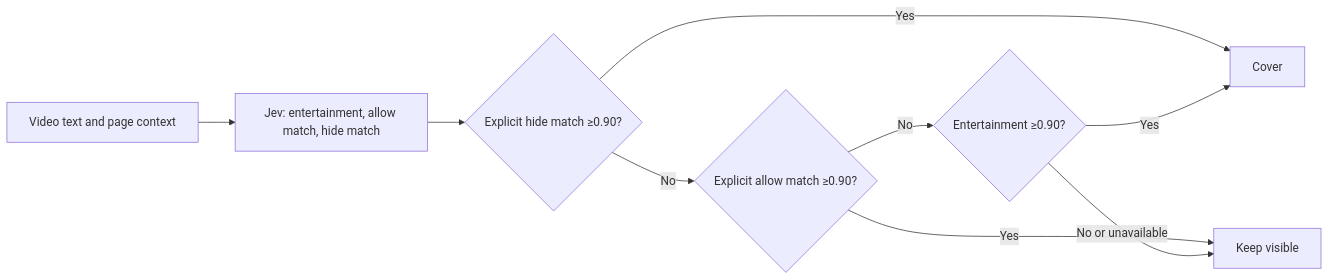
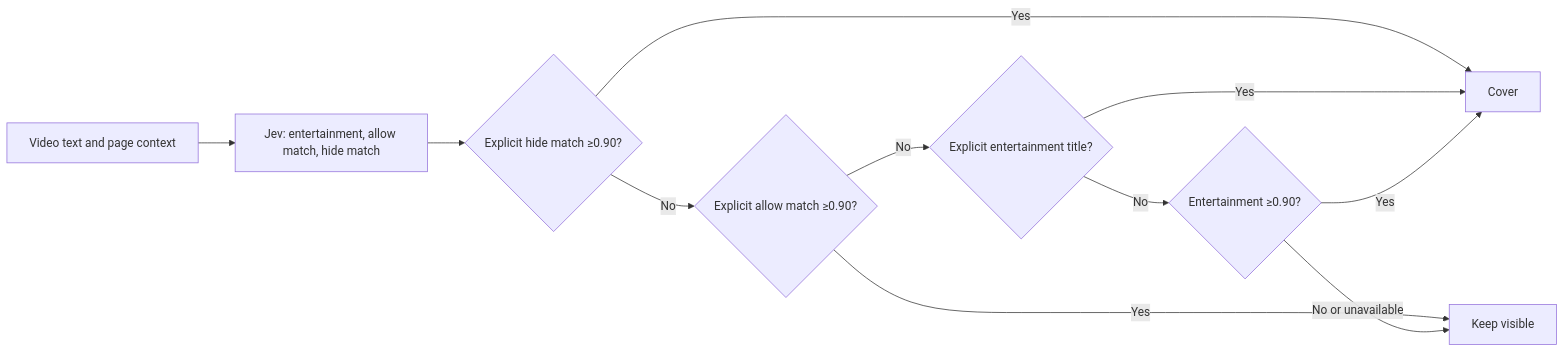
The diagram in README.md (krishnakant2607/study-mode-jev), drawn with Mermaid before and after one commit. The commit also changed other lines of this file and 26 other files, not shown here.

Commit message:
Cover explicit entertainment categories while preserving informative content and preferences

````diff
--- a/README.md
+++ b/README.md
@@ -71,11 +71,13 @@
 ```mermaid
 flowchart LR
     A[Video text and page context] --> B[Jev: entertainment, allow match, hide match]
     B --> C{Explicit hide match ≥0.90?}
     C -->|Yes| D[Cover]
     C -->|No| E{Explicit allow match ≥0.90?}
     E -->|Yes| F[Keep visible]
-    E -->|No| G{Entertainment ≥0.90?}
+    E -->|No| H{Explicit entertainment title?}
+    H -->|Yes| D
+    H -->|No| G{Entertainment ≥0.90?}
     G -->|Yes| D
     G -->|No or unavailable| F
 ```
````
